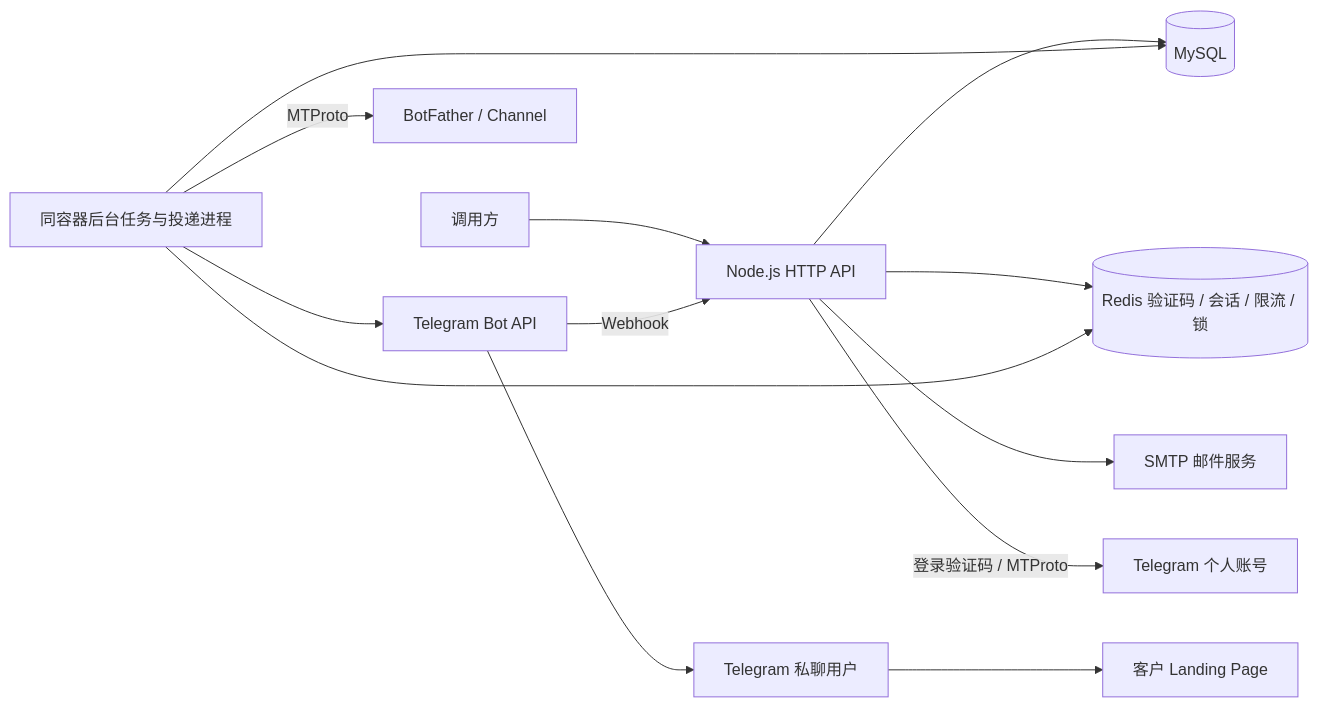
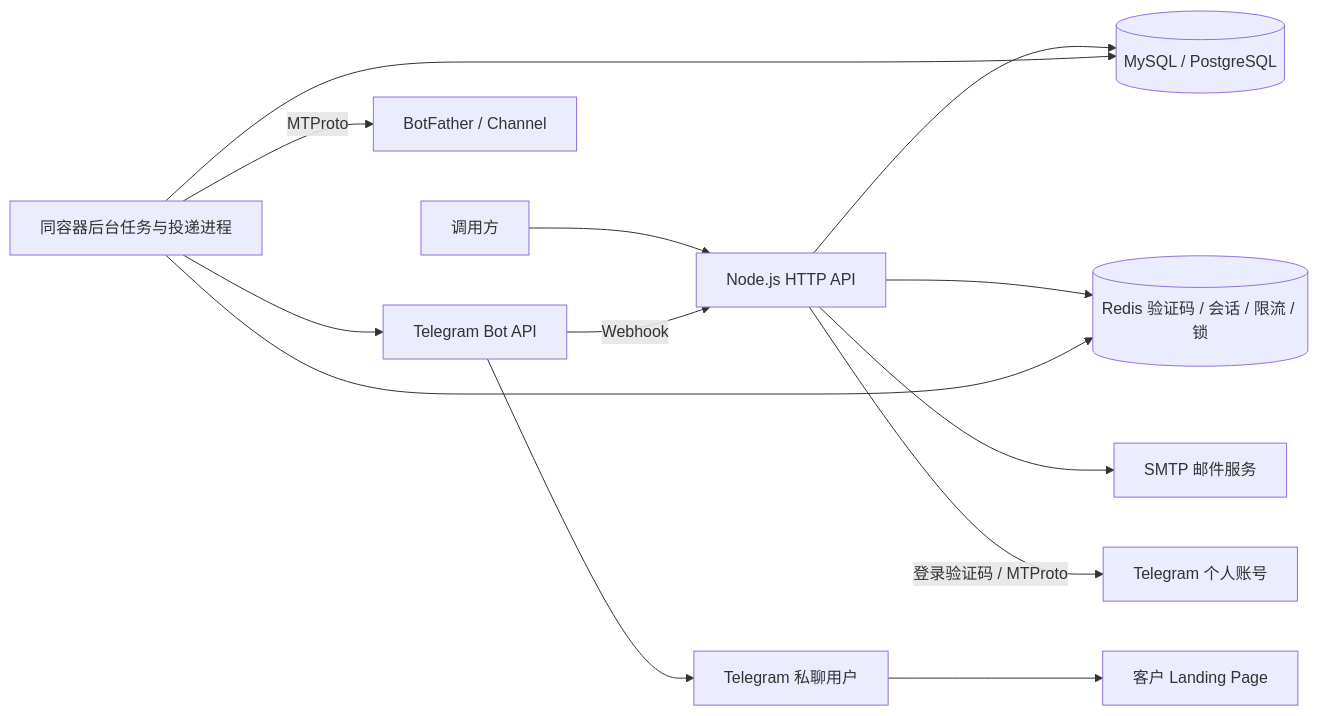
Before and after one commit to gatherstar101/telegram-card-bot: the diagram in README.md, drawn with Mermaid. The commit also changed other lines of this file and 21 other files, not shown here.

Commit message:
Support PostgreSQL and unify database configuration under DB_*

````diff
--- a/README.md
+++ b/README.md
@@ -27,15 +27,15 @@
 ```mermaid
 flowchart LR
     Caller[调用方] --> API[Node.js HTTP API]
     API --> SMTP[SMTP 邮件服务]
     API --> Redis[(Redis 验证码 / 会话 / 限流 / 锁)]
-    API --> DB[(MySQL)]
+    API --> DB[(MySQL / PostgreSQL)]
     Queue[同容器后台任务与投递进程] --> DB
     Queue --> Redis
     API -->|登录验证码 / MTProto| TG[Telegram 个人账号]
     Queue -->|MTProto| Father[BotFather / Channel]
     Queue --> BotAPI[Telegram Bot API]
     BotAPI -->|Webhook| API
     BotAPI --> User[Telegram 私聊用户]
     User --> Landing[客户 Landing Page]
 ```
````
